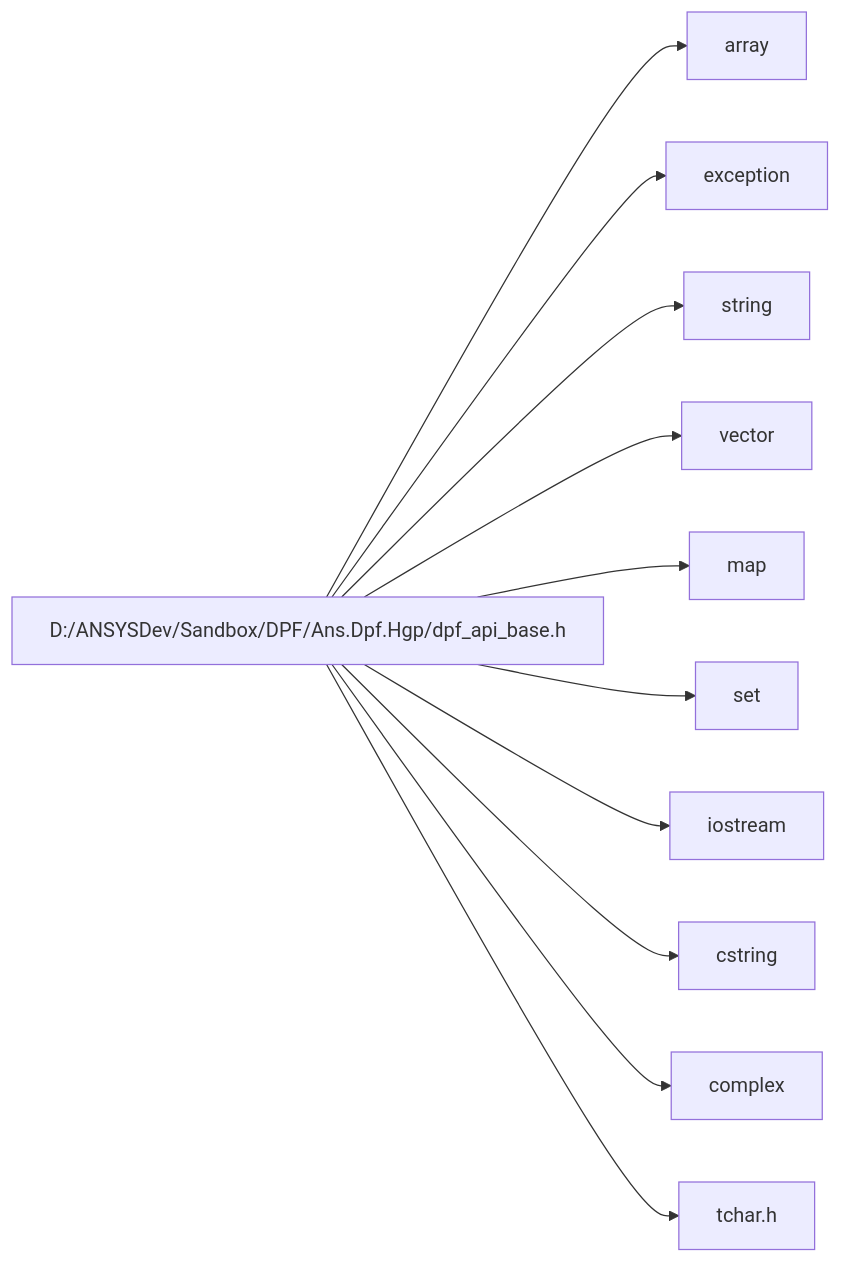
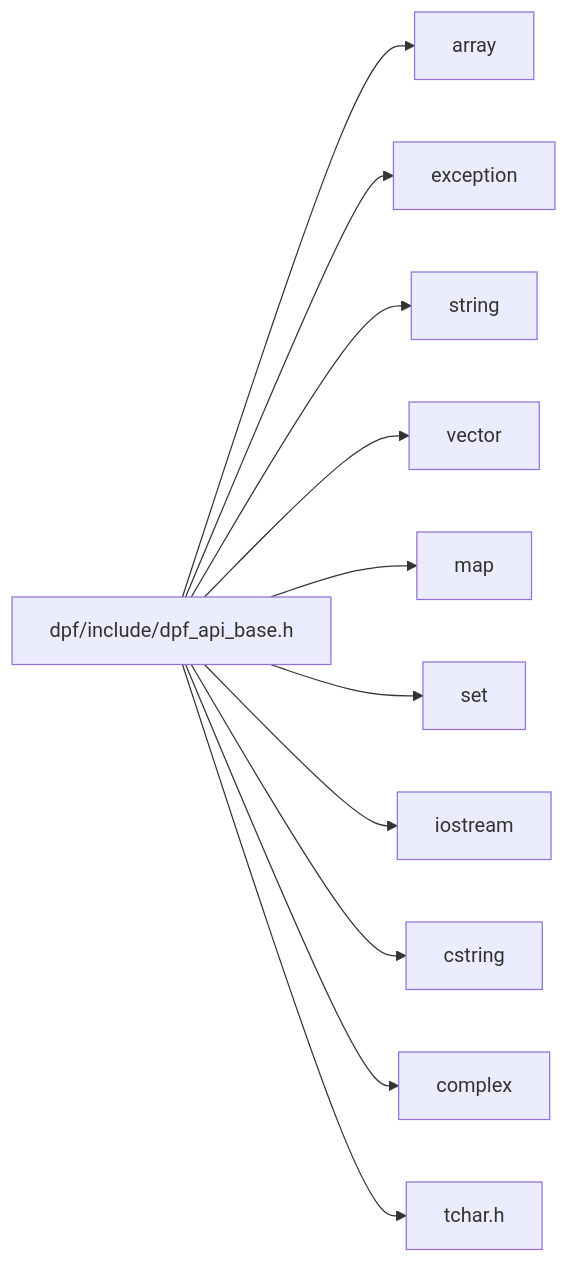
Before and after one commit to ansys/DevRelDocs: the diagram in 2027R1/dpf-cpp-27-r1/api-reference/dpf-api-base-h.md, drawn with Mermaid. The commit also changed other lines of this file and 1 other file, not shown here.

Commit message:
Remove asbolute local paths from api-reference

````diff
--- a/2027R1/dpf-cpp-27-r1/api-reference/dpf-api-base-h.md
+++ b/2027R1/dpf-cpp-27-r1/api-reference/dpf-api-base-h.md
@@ -96,36 +96,36 @@
 ```mermaid
 graph LR
-1["D:/ANSYSDev/Sandbox/DPF/Ans.Dpf.Hgp/dpf_api_base.h"]
+1["dpf/include/dpf_api_base.h"]
 click 1 "dpf__api__base_8h.md#dpf__api__base_8h"
 1 --> 2
 1 --> 3
 1 --> 4
 1 --> 5
 1 --> 6
 1 --> 7
 1 --> 8
 1 --> 9
 1 --> 10
 1 --> 11
 
 2["array"]
 
 10["complex"]
 
 9["cstring"]
 
 3["exception"]
 
 8["iostream"]
 
 6["map"]
 
 7["set"]
 
 4["string"]
 
 11["tchar.h"]
 
 5["vector"]
 
 ```
````
